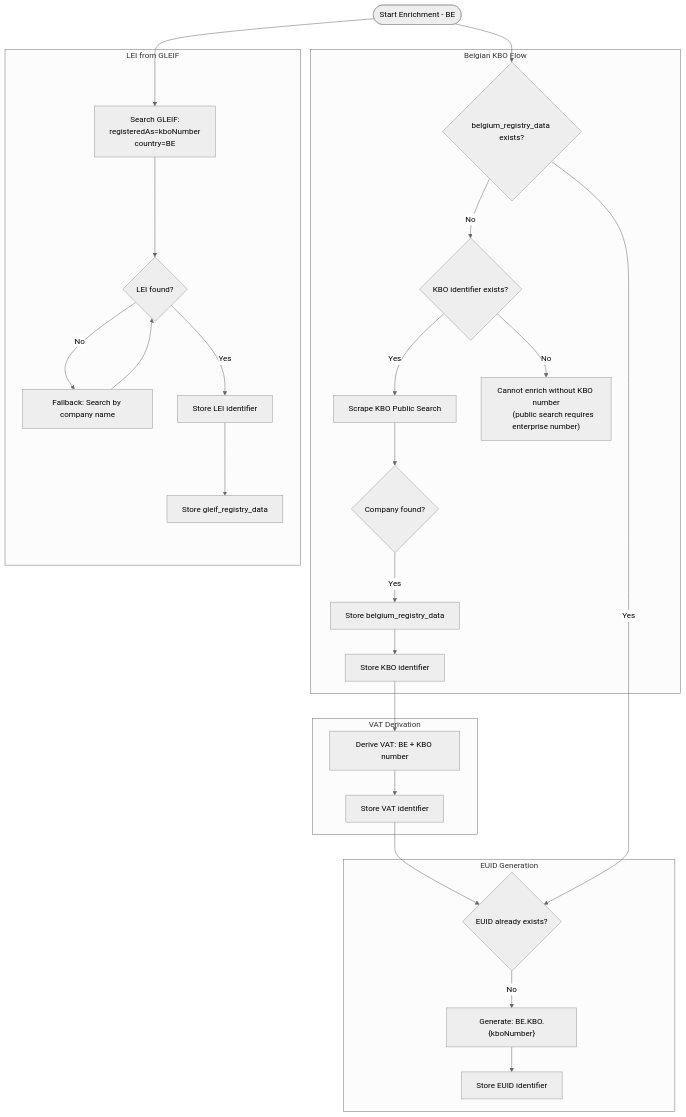
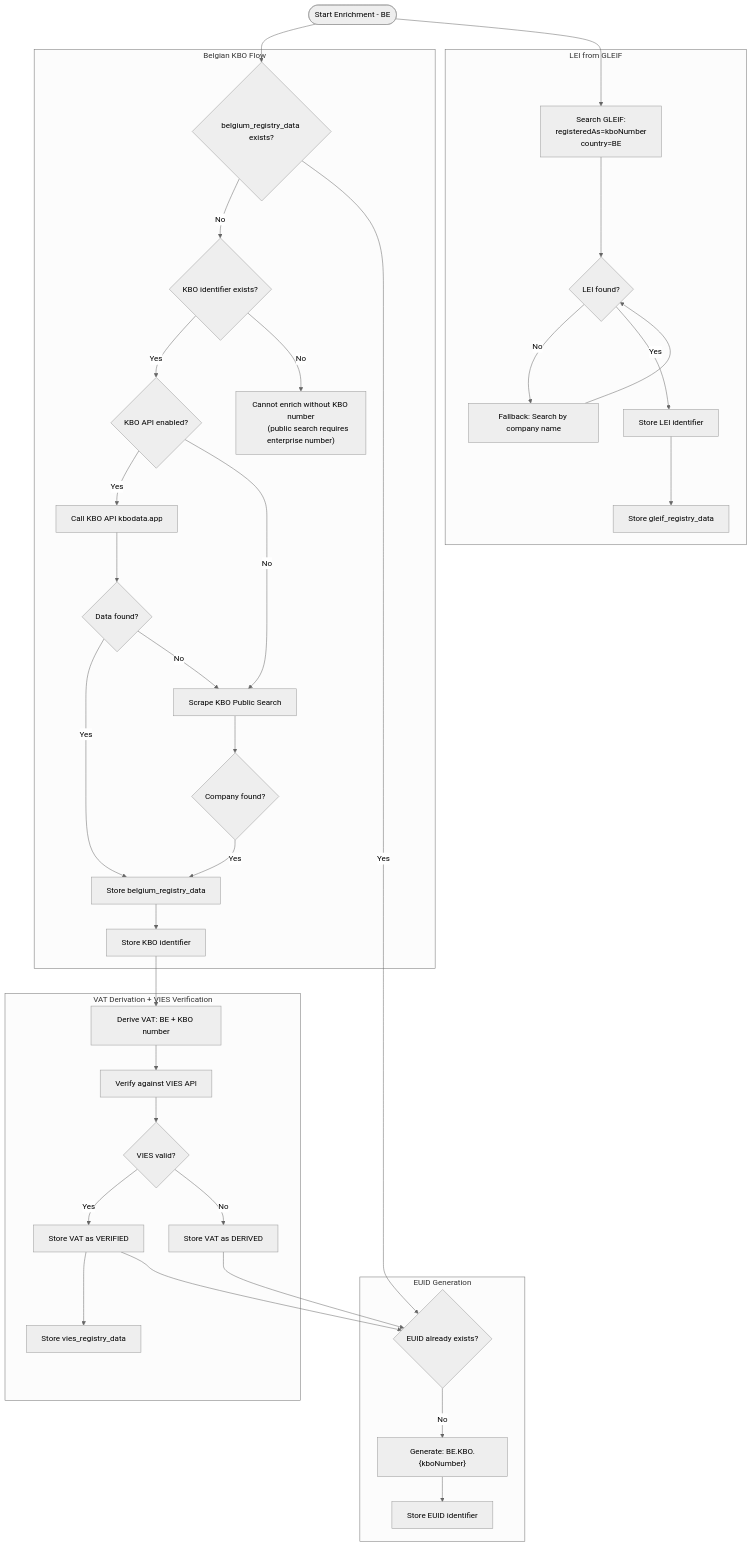
The third of 7 diagrams in docs/ENRICHMENT_ARCHITECTURE.md (DeNoronha/ctn-asr-demo), drawn with Mermaid (neutral theme) before and after one commit. The commit also changed other lines of this file and 3 other files, not shown here.

First line of the commit message:
feat: add VIES batch verification and KBO API service (disabled)

````diff
--- a/docs/ENRICHMENT_ARCHITECTURE.md
+++ b/docs/ENRICHMENT_ARCHITECTURE.md
@@ -230,58 +236,75 @@
 ```mermaid
 flowchart TD
     START([Start Enrichment - BE])
 
     subgraph KBO_Flow["Belgian KBO Flow"]
         CHECK_BE_DATA{belgium_registry_data exists?}
         HAS_KBO{KBO identifier exists?}
+        CHECK_API{KBO API enabled?}
+        CALL_KBO_API[Call KBO API kbodata.app]
+        API_SUCCESS{Data found?}
         SEARCH_BY_KBO[Scrape KBO Public Search]
         KBO_FOUND{Company found?}
         STORE_BE_DATA[Store belgium_registry_data]
         STORE_KBO[Store KBO identifier]
         NO_KBO["Cannot enrich without KBO number
         (public search requires enterprise number)"]
     end
 
-    subgraph VAT_Flow["VAT Derivation"]
+    subgraph VAT_Flow["VAT Derivation + VIES Verification"]
         DERIVE_VAT["Derive VAT: BE + KBO number"]
-        STORE_VAT[Store VAT identifier]
+        VERIFY_VIES[Verify against VIES API]
+        VIES_VALID{VIES valid?}
+        STORE_VAT_VERIFIED[Store VAT as VERIFIED]
+        STORE_VAT_DERIVED[Store VAT as DERIVED]
+        STORE_VIES[Store vies_registry_data]
     end
 
     subgraph EUID_Flow["EUID Generation"]
         HAS_EUID{EUID already exists?}
         GENERATE_EUID["Generate: BE.KBO.{kboNumber}"]
         STORE_EUID[Store EUID identifier]
     end
 
     subgraph LEI_Flow["LEI from GLEIF"]
         SEARCH_GLEIF_BE["Search GLEIF:
         registeredAs=kboNumber
         country=BE"]
         SEARCH_GLEIF_NAME["Fallback: Search by company name"]
         LEI_FOUND{LEI found?}
         STORE_LEI[Store LEI identifier]
         STORE_GLEIF[Store gleif_registry_data]
     end
 
     START --> CHECK_BE_DATA
     CHECK_BE_DATA -->|No| HAS_KBO
-    HAS_KBO -->|Yes| SEARCH_BY_KBO
+    HAS_KBO -->|Yes| CHECK_API
     HAS_KBO -->|No| NO_KBO
+    CHECK_API -->|Yes| CALL_KBO_API
+    CHECK_API -->|No| SEARCH_BY_KBO
+    CALL_KBO_API --> API_SUCCESS
+    API_SUCCESS -->|Yes| STORE_BE_DATA
+    API_SUCCESS -->|No| SEARCH_BY_KBO
     SEARCH_BY_KBO --> KBO_FOUND
     KBO_FOUND -->|Yes| STORE_BE_DATA
     STORE_BE_DATA --> STORE_KBO
     STORE_KBO --> DERIVE_VAT
-    DERIVE_VAT --> STORE_VAT
+    DERIVE_VAT --> VERIFY_VIES
+    VERIFY_VIES --> VIES_VALID
+    VIES_VALID -->|Yes| STORE_VAT_VERIFIED
+    VIES_VALID -->|No| STORE_VAT_DERIVED
+    STORE_VAT_VERIFIED --> STORE_VIES
 
-    STORE_VAT --> HAS_EUID
+    STORE_VAT_VERIFIED --> HAS_EUID
+    STORE_VAT_DERIVED --> HAS_EUID
     CHECK_BE_DATA -->|Yes| HAS_EUID
     HAS_EUID -->|No| GENERATE_EUID
     GENERATE_EUID --> STORE_EUID
 
     START --> SEARCH_GLEIF_BE
     SEARCH_GLEIF_BE --> LEI_FOUND
     LEI_FOUND -->|No| SEARCH_GLEIF_NAME
     SEARCH_GLEIF_NAME --> LEI_FOUND
     LEI_FOUND -->|Yes| STORE_LEI
     STORE_LEI --> STORE_GLEIF
 ```
````
